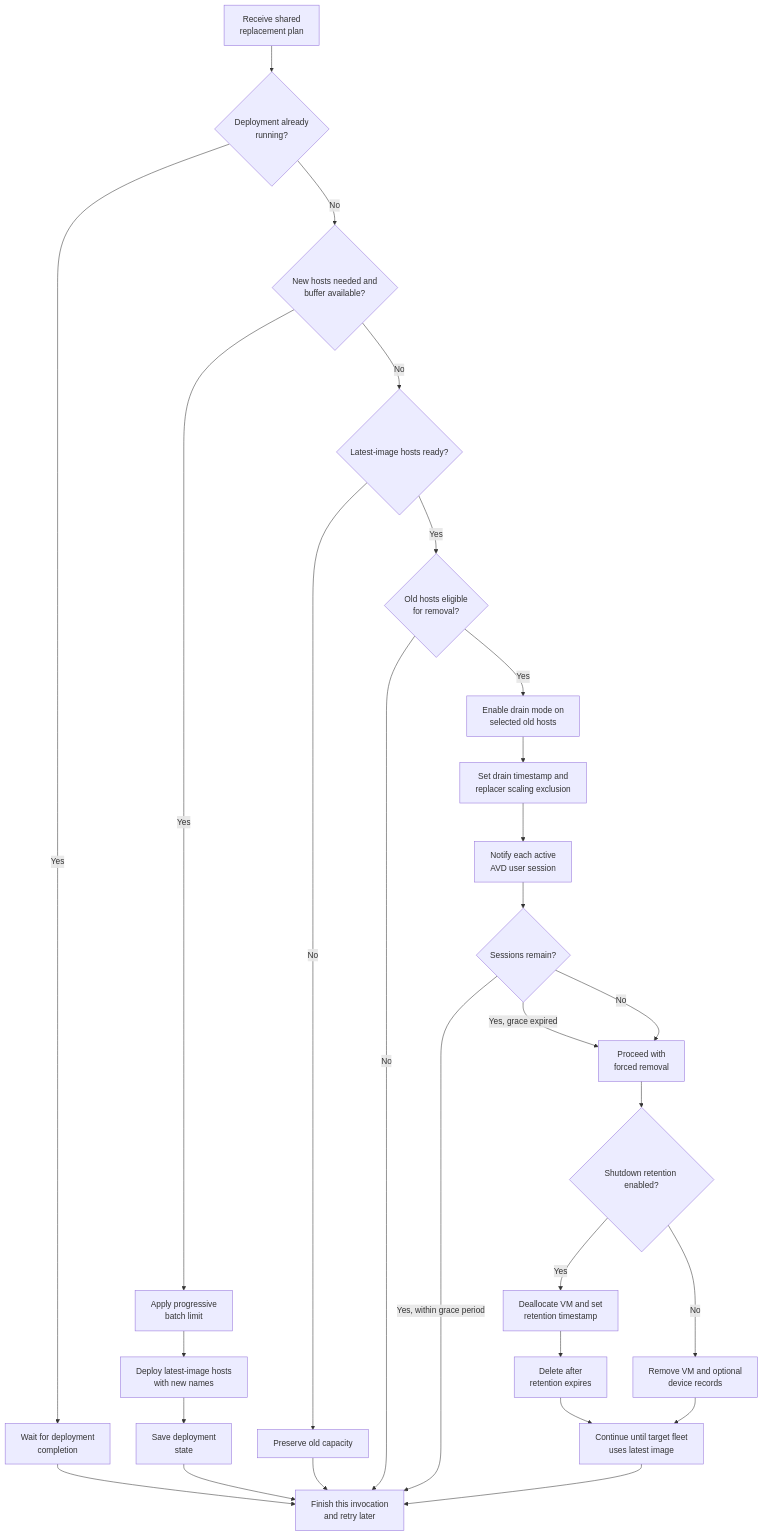
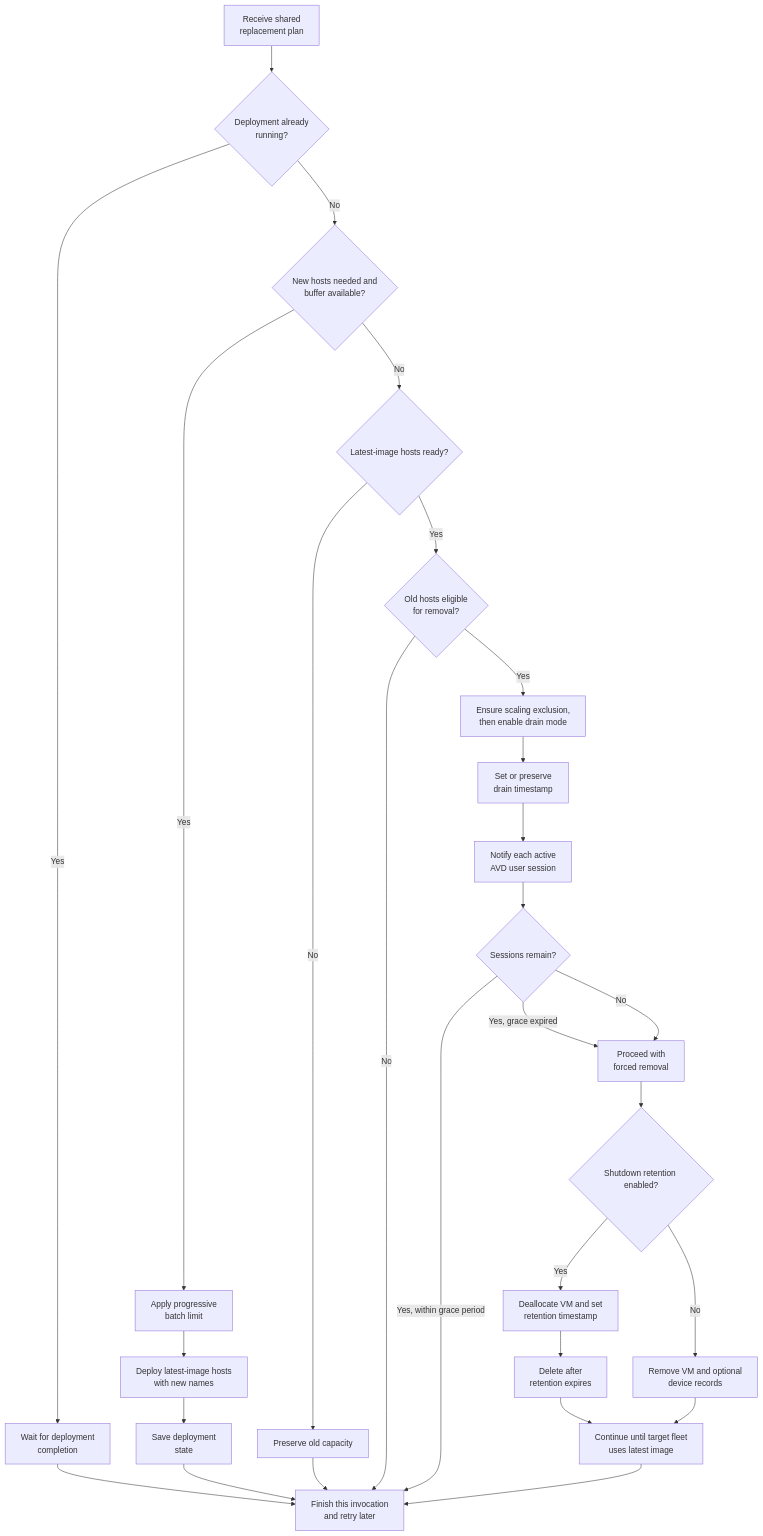
One commit to Azure/FederalAVD changed the third of 5 diagrams in deployments/add-ons/sessionHostReplacer/replacement-flow.md. Above: the diagram before and after it, drawn with Mermaid. The commit also changed other lines of this file and 18 other files, not shown here.

First line of the commit message:
fix(shr): coordinate drain protection and repair unshared scaling plans

````diff
--- a/deployments/add-ons/sessionHostReplacer/replacement-flow.md
+++ b/deployments/add-ons/sessionHostReplacer/replacement-flow.md
@@ -243,30 +262,30 @@
 ```mermaid
 flowchart TD
     A["Receive shared<br/>replacement plan"] --> B{"Deployment already<br/>running?"}
     B -- Yes --> C["Wait for deployment<br/>completion"]
     C --> Z["Finish this invocation<br/>and retry later"]
     B -- No --> D{"New hosts needed and<br/>buffer available?"}
     D -- Yes --> E["Apply progressive<br/>batch limit"]
     E --> F["Deploy latest-image hosts<br/>with new names"]
     F --> G["Save deployment<br/>state"]
     G --> Z
     D -- No --> H{Latest-image hosts ready?}
     H -- No --> I[Preserve old capacity]
     I --> Z
     H -- Yes --> J{"Old hosts eligible<br/>for removal?"}
     J -- No --> Z
-    J -- Yes --> K["Enable drain mode on<br/>selected old hosts"]
-    K --> L["Set drain timestamp and<br/>replacer scaling exclusion"]
+    J -- Yes --> K["Ensure scaling exclusion,<br/>then enable drain mode"]
+    K --> L["Set or preserve<br/>drain timestamp"]
     L --> M["Notify each active<br/>AVD user session"]
     M --> N{Sessions remain?}
     N -- Yes, within grace period --> Z
     N -- Yes, grace expired --> O["Proceed with<br/>forced removal"]
     N -- No --> O
     O --> P{Shutdown retention enabled?}
     P -- Yes --> Q["Deallocate VM and set<br/>retention timestamp"]
     Q --> R["Delete after<br/>retention expires"]
     P -- No --> S["Remove VM and optional<br/>device records"]
     R --> T["Continue until target fleet<br/>uses latest image"]
     S --> T
     T --> Z
 ```
````
